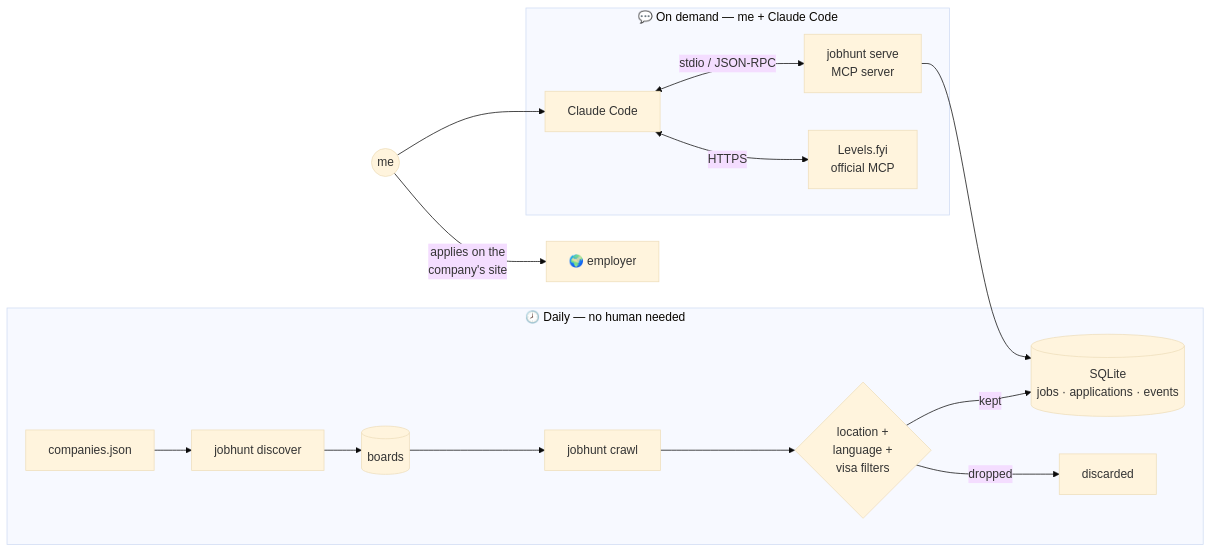
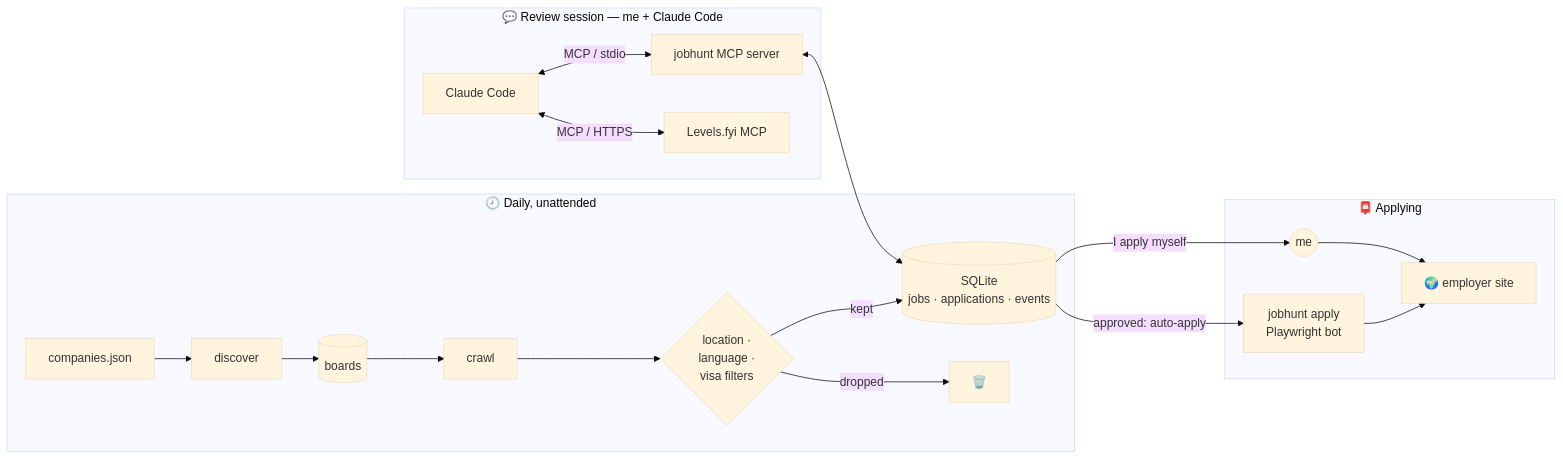
Before and after one commit to Robwert0/eu-tech-jobs: the first of 7 diagrams in README.md, drawn with Mermaid (base theme). The commit also changed other lines of this file and 1 other file, not shown here.

First line of the commit message:
docs: README for the hybrid design; companies.json with careers URLs

````diff
--- a/README.md
+++ b/README.md
@@ -37,20 +39,22 @@
 ```mermaid
 flowchart LR
-    subgraph daily["🕗 Daily — no human needed"]
-        C[companies.json] --> D[jobhunt discover]
+    subgraph daily["🕗 Daily, unattended"]
+        C[companies.json] --> D[discover]
         D --> B[(boards)]
-        B --> K[jobhunt crawl]
-        K --> F{location +<br/>language +<br/>visa filters}
+        B --> K[crawl]
+        K --> F{location ·<br/>language ·<br/>visa filters}
         F -- kept --> DB[(SQLite<br/>jobs · applications · events)]
-        F -- dropped --> X[discarded]
+        F -- dropped --> X[🗑️]
     end
 
-    subgraph session["💬 On demand — me + Claude Code"]
-        CC[Claude Code] <-- stdio / JSON-RPC --> M[jobhunt serve<br/>MCP server]
-        CC <-- HTTPS --> L[Levels.fyi<br/>official MCP]
-        M --> DB
+    subgraph session["💬 Review session — me + Claude Code"]
+        CC[Claude Code] <-- MCP / stdio --> M[jobhunt MCP server]
+        CC <-- MCP / HTTPS --> L[Levels.fyi MCP]
+        M <--> DB
     end
 
-    ME((me)) --> CC
-    ME -- applies on the<br/>company's site --> W[🌍 employer]
+    subgraph lanes["📮 Applying"]
+        DB -- "I apply myself" --> ME((me)) --> W[🌍 employer site]
+        DB -- "approved: auto-apply" --> BOT[jobhunt apply<br/>Playwright bot] --> W
+    end
 ```
````
